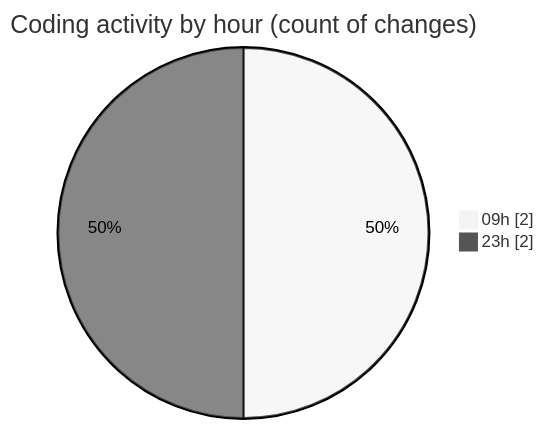
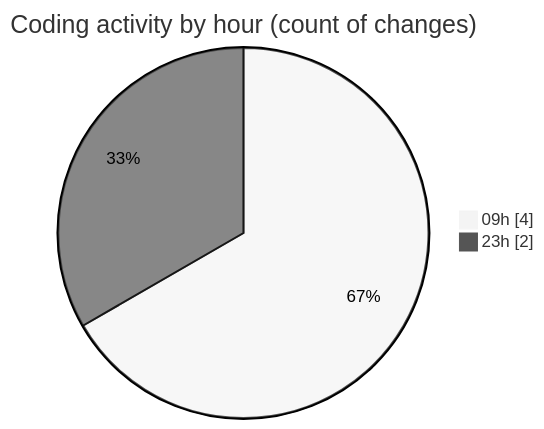
The second of 2 diagrams in 2025-05-19/niten/README.md (Elitesun/code-tracking), drawn with Mermaid (neutral theme) before and after one commit. The commit also changed other lines of this file and 1 other file, not shown here.

````diff
--- a/2025-05-19/niten/README.md
+++ b/2025-05-19/niten/README.md
@@ -30,6 +31,6 @@
 ```mermaid
 pie showData
 title Coding activity by hour (count of changes)
-"09h" : 2
+"09h" : 4
 "23h" : 2
 ```
````
